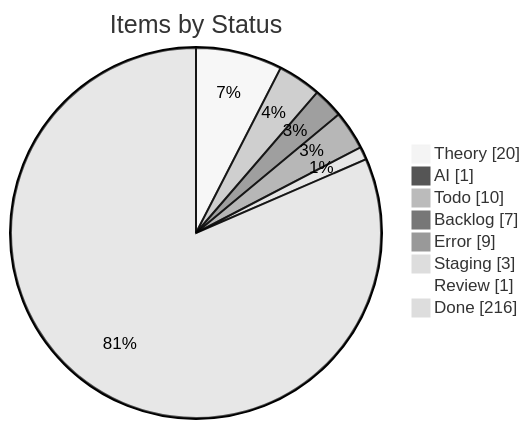
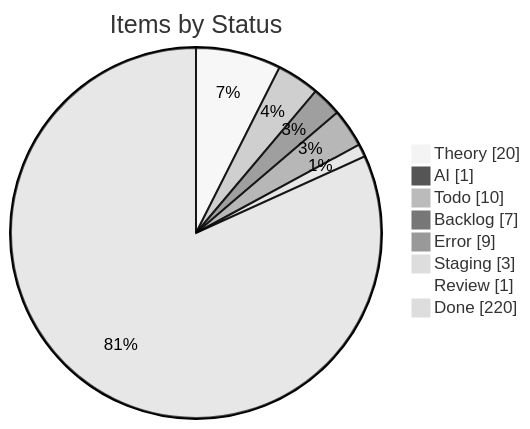
The first of 4 diagrams in apps/kbve/astro-kbve/src/content/docs/dashboard/kanban-data.mdx (KBVE/kbve), drawn with Mermaid (neutral theme) before and after one commit. The commit also changed other lines of this file and 8 other files, not shown here.

````diff
--- a/apps/kbve/astro-kbve/src/content/docs/dashboard/kanban-data.mdx
+++ b/apps/kbve/astro-kbve/src/content/docs/dashboard/kanban-data.mdx
@@ -55,12 +55,12 @@
 ```mermaid
 pie showData
     title Items by Status
     "Theory" : 20
     "AI" : 1
     "Todo" : 10
     "Backlog" : 7
     "Error" : 9
     "Staging" : 3
     "Review" : 1
-    "Done" : 216
+    "Done" : 220
 ```
````
